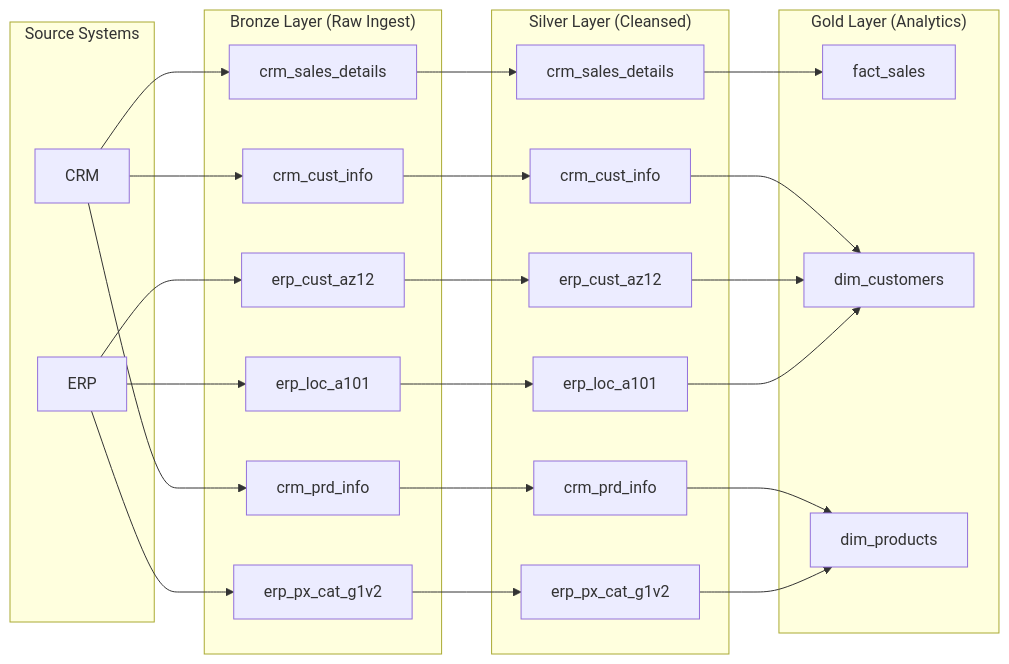
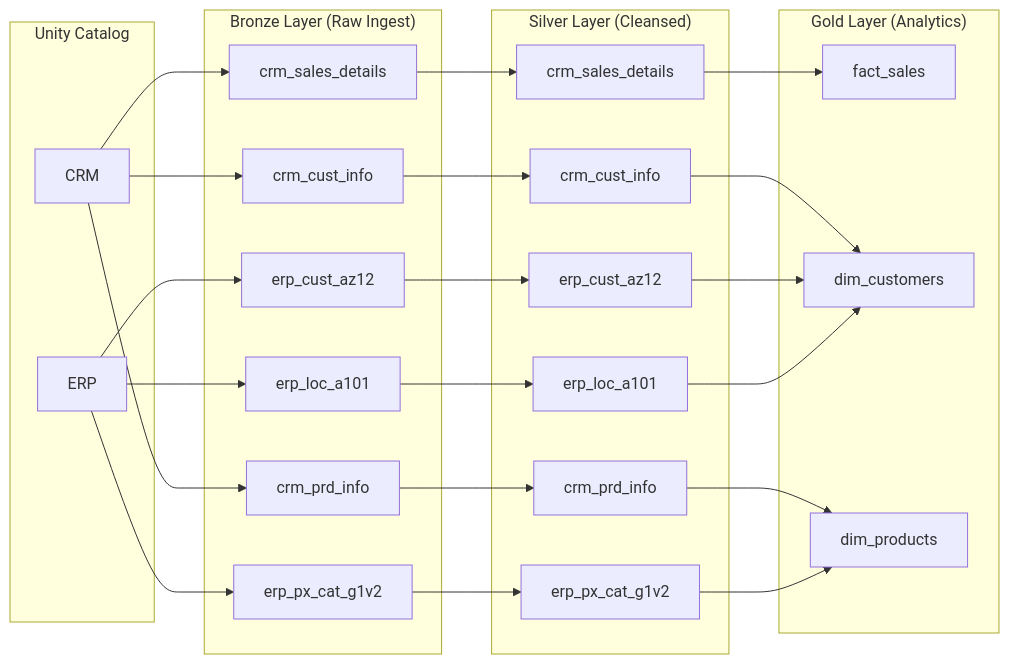
One commit to abdulbari80/databricks-lakehouse changed the diagram in README.md. Above: the diagram before and after it, drawn with Mermaid. The commit also changed other lines of this file, not shown here.

First line of the commit message:
Revise README for project title and diagram path

````diff
--- a/README.md
+++ b/README.md
@@ -6,64 +6,64 @@
 ```mermaid
 flowchart LR
     %% ===== Sources =====
-    subgraph SRC["Source Systems"]
+    subgraph SRC["Unity Catalog"]
         CRM["CRM"]
         ERP["ERP"]
     end
 
     %% ===== Bronze Layer =====
     subgraph BRZ["Bronze Layer (Raw Ingest)"]
         B_CRM_SALES["crm_sales_details"]
         B_CRM_CUST["crm_cust_info"]
         B_CRM_PRD["crm_prd_info"]
 
         B_ERP_CUST["erp_cust_az12"]
         B_ERP_LOC["erp_loc_a101"]
         B_ERP_PX["erp_px_cat_g1v2"]
     end
 
     %% ===== Silver Layer =====
     subgraph SLV["Silver Layer (Cleansed)"]
         S_CRM_SALES["crm_sales_details"]
         S_CRM_CUST["crm_cust_info"]
         S_CRM_PRD["crm_prd_info"]
 
         S_ERP_CUST["erp_cust_az12"]
         S_ERP_LOC["erp_loc_a101"]
         S_ERP_PX["erp_px_cat_g1v2"]
     end
 
     %% ===== Gold Layer =====
     subgraph GLD["Gold Layer (Analytics)"]
         FACT_SALES["fact_sales"]
         DIM_CUSTOMERS["dim_customers"]
         DIM_PRODUCTS["dim_products"]
     end
 
     %% ===== Source to Bronze =====
     CRM --> B_CRM_SALES
     CRM --> B_CRM_CUST
     CRM --> B_CRM_PRD
 
     ERP --> B_ERP_CUST
     ERP --> B_ERP_LOC
     ERP --> B_ERP_PX
 
     %% ===== Bronze to Silver =====
     B_CRM_SALES --> S_CRM_SALES
     B_CRM_CUST --> S_CRM_CUST
     B_CRM_PRD --> S_CRM_PRD
 
     B_ERP_CUST --> S_ERP_CUST
     B_ERP_LOC --> S_ERP_LOC
     B_ERP_PX --> S_ERP_PX
 
     %% ===== Silver to Gold =====
     S_CRM_SALES --> FACT_SALES
     S_CRM_PRD --> DIM_PRODUCTS
     S_ERP_PX --> DIM_PRODUCTS
 
     S_CRM_CUST --> DIM_CUSTOMERS
     S_ERP_CUST --> DIM_CUSTOMERS
     S_ERP_LOC --> DIM_CUSTOMERS
 ```
````
